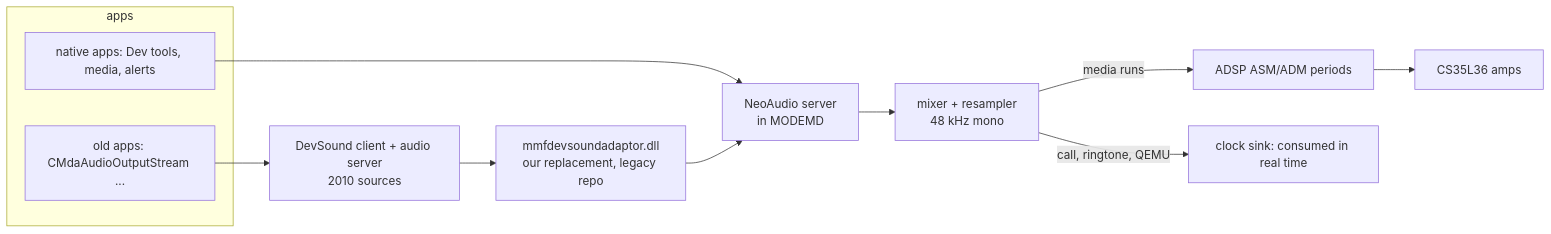
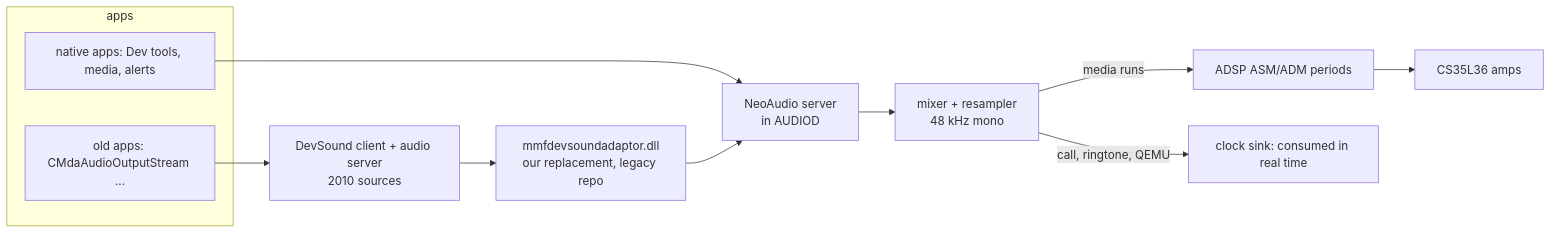
One commit to NeoSymbian/docs changed the diagram in hardware/audio.md. Above: the diagram before and after it, drawn with Mermaid. The commit also changed other lines of this file and 15 other files, not shown here.

````diff
--- a/hardware/audio.md
+++ b/hardware/audio.md
@@ -31,14 +31,14 @@
 ```mermaid
 flowchart LR
   subgraph apps
     N[native apps: Dev tools, media, alerts]
     L[old apps: CMdaAudioOutputStream ...]
   end
   L --> DS[DevSound client + audio server<br/>2010 sources]
   DS --> SH[mmfdevsoundadaptor.dll<br/>our replacement, legacy repo]
   N --> NA
-  SH --> NA[NeoAudio server<br/>in MODEMD]
+  SH --> NA[NeoAudio server<br/>in AUDIOD]
   NA --> MX[mixer + resampler<br/>48 kHz mono]
   MX -->|media runs| ASM[ADSP ASM/ADM periods] --> AMP[CS35L36 amps]
   MX -->|call, ringtone, QEMU| CLK[clock sink: consumed in real time]
 ```
````
